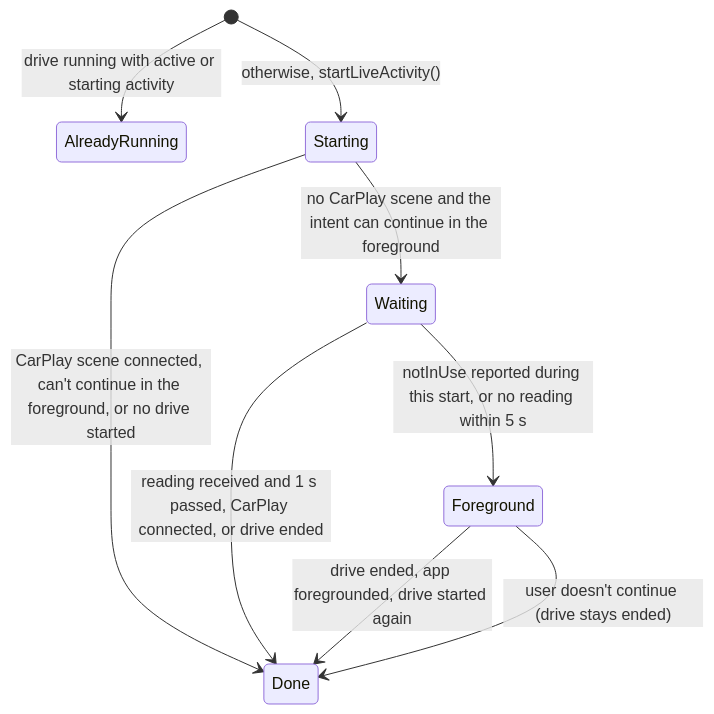
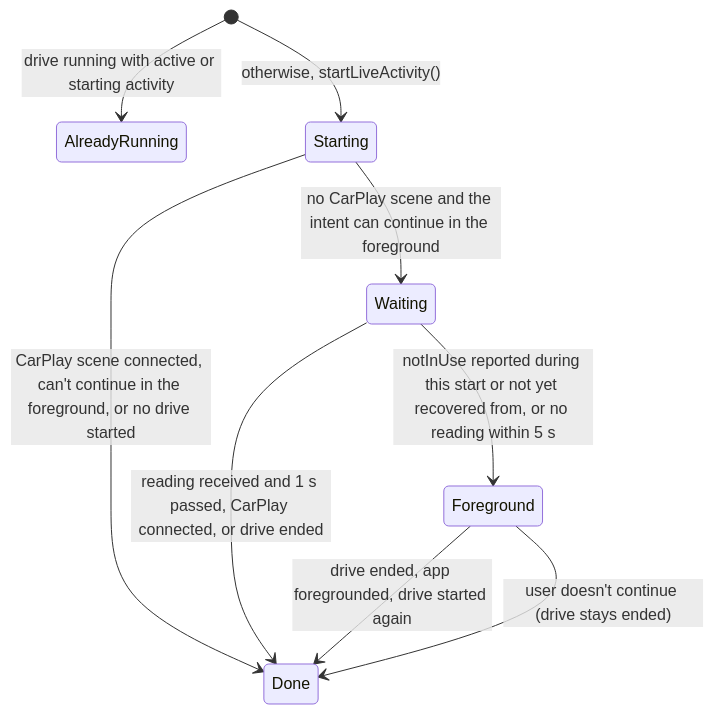
Before and after one commit to lunchbox-labs/Compasslet: the sixth of 11 diagrams in wiki/Developer-State-Machines.md, drawn with Mermaid. The commit also changed other lines of this file and 2 other files, not shown here.

Commit message:
Test that a reading no newer than the report isn't a recovery
Also word the foreground condition to include a report carried over from
an earlier start without a newer reading, in the doc comment and the
State Machines page.

````diff
--- a/wiki/Developer-State-Machines.md
+++ b/wiki/Developer-State-Machines.md
@@ -377,11 +377,11 @@
 ```mermaid
 stateDiagram-v2
     [*] --> AlreadyRunning: drive running with active or starting activity
     [*] --> Starting: otherwise, startLiveActivity()
     Starting --> Waiting: no CarPlay scene and the intent can continue in the foreground
     Starting --> Done: CarPlay scene connected, can't continue in the foreground, or no drive started
     Waiting --> Done: reading received and 1 s passed, CarPlay connected, or drive ended
-    Waiting --> Foreground: notInUse reported during this start, or no reading within 5 s
+    Waiting --> Foreground: notInUse reported during this start or not yet recovered from, or no reading within 5 s
     Foreground --> Done: drive ended, app foregrounded, drive started again
     Foreground --> Done: user doesn't continue (drive stays ended)
 ```
````
